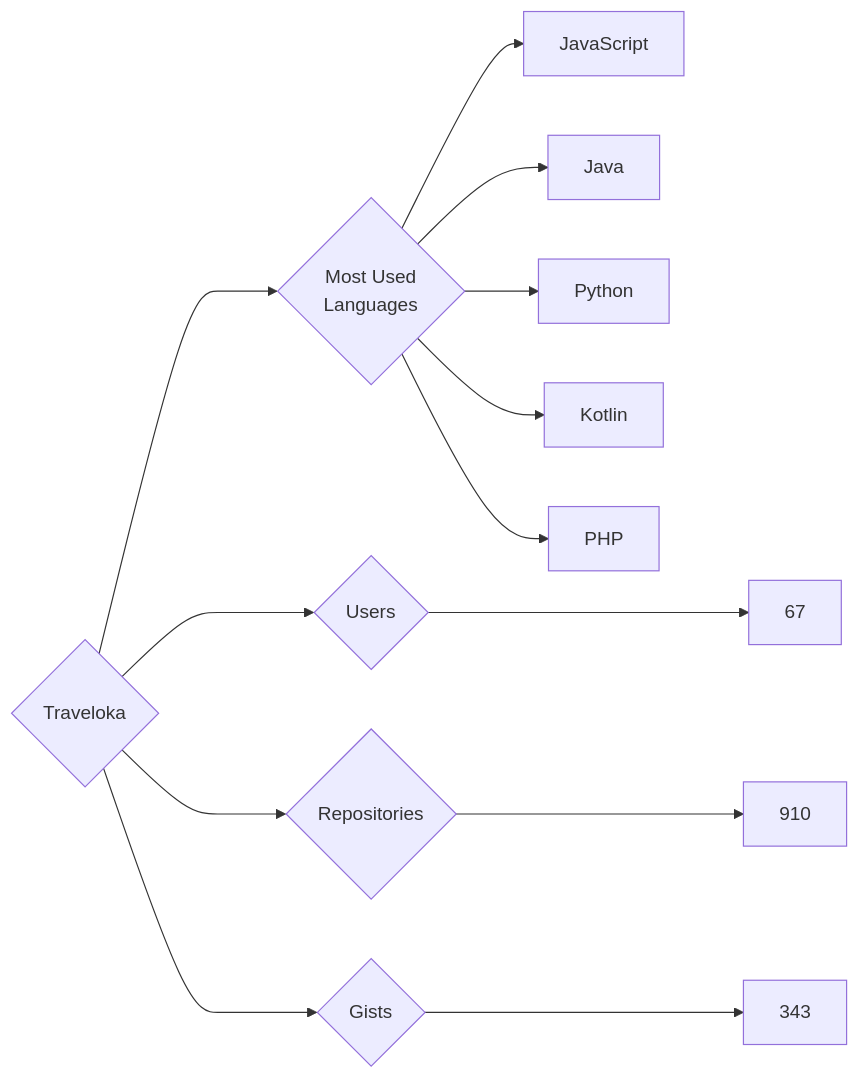
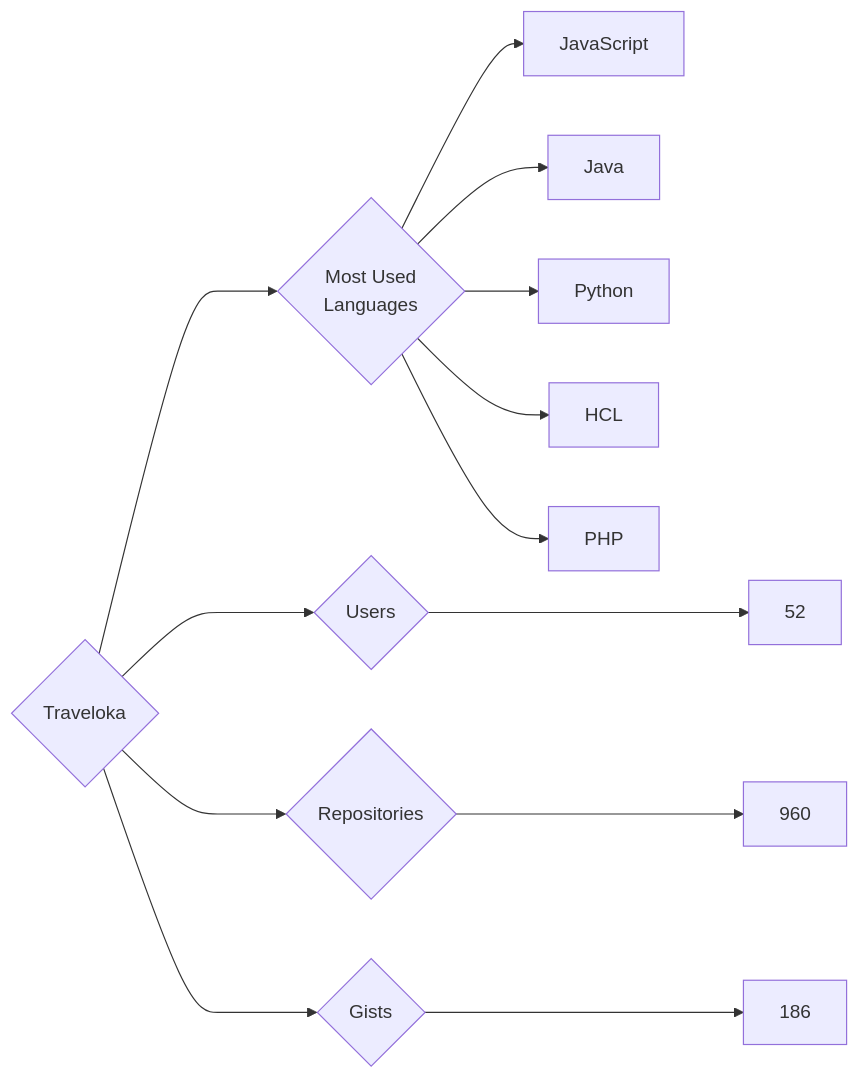
One commit to trickest/insiders changed the diagram in targets/Traveloka/README.md. Above: the diagram before and after it, drawn with Mermaid. The commit also changed 903 other files, not shown here.

````diff
--- a/targets/Traveloka/README.md
+++ b/targets/Traveloka/README.md
@@ -3,13 +3,13 @@
 ```mermaid
 graph LR
 COMPANY_NAME{Traveloka}
-COMPANY_NAME ---> U{Users} ---> UN[67]
-COMPANY_NAME ---> R{Repositories} ---> RN[910]
-COMPANY_NAME ---> G{Gists} ---> GN[343]
+COMPANY_NAME ---> U{Users} ---> UN[52]
+COMPANY_NAME ---> R{Repositories} ---> RN[960]
+COMPANY_NAME ---> G{Gists} ---> GN[186]
 COMPANY_NAME ---> ML{Most Used<br>Languages}
 ML --> JavaScript[JavaScript]
 ML --> Java[Java]
 ML --> Python[Python]
-ML --> Kotlin[Kotlin]
+ML --> HCL[HCL]
 ML --> PHP[PHP]
 ```
````
